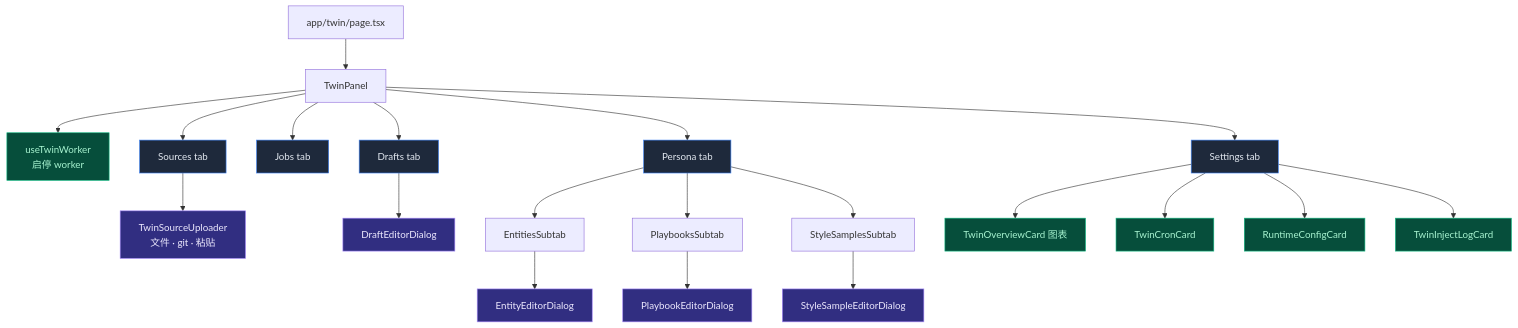
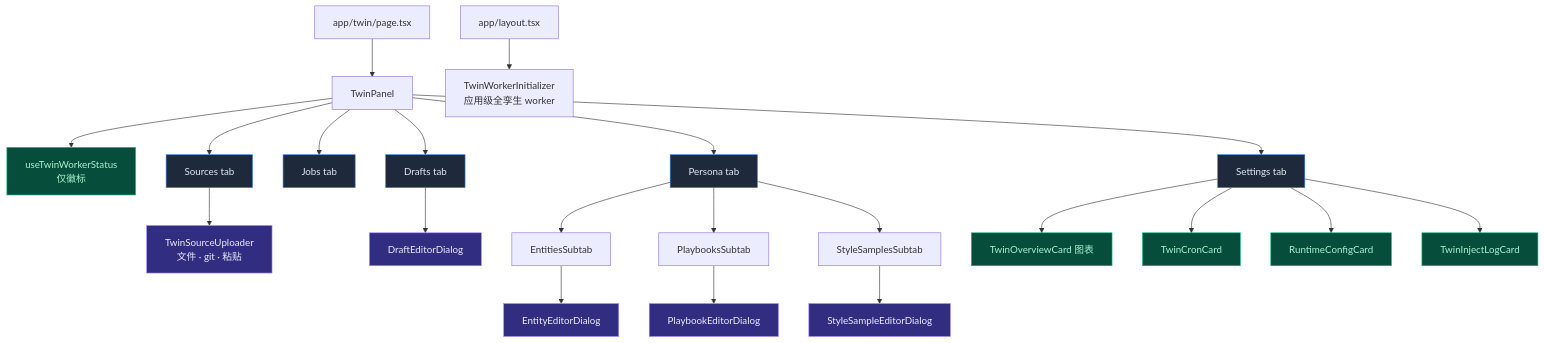
Before and after one commit to MaxQian888/cognia-next: the diagram in docs/content/docs/zh/subsystems/employee-twin/workbench-ui.mdx, drawn with Mermaid. The commit also changed other lines of this file and 31 other files, not shown here.

````diff
--- a/docs/content/docs/zh/subsystems/employee-twin/workbench-ui.mdx
+++ b/docs/content/docs/zh/subsystems/employee-twin/workbench-ui.mdx
@@ -18,24 +18,25 @@
 ```mermaid
 flowchart TB
   Route[app/twin/page.tsx] --> Panel[TwinPanel]
-  Panel --> WK[useTwinWorker<br/>启停 worker]
+  Layout[app/layout.tsx] --> TWI[TwinWorkerInitializer<br/>应用级全孪生 worker]
+  Panel --> WK[useTwinWorkerStatus<br/>仅徽标]
   Panel --> T1[Sources tab] --> UP[TwinSourceUploader<br/>文件 · git · 粘贴]
   Panel --> T2[Jobs tab]
   Panel --> T3[Drafts tab] --> DE[DraftEditorDialog]
   Panel --> T4[Persona tab]
   T4 --> E[EntitiesSubtab] --> ED[EntityEditorDialog]
   T4 --> P[PlaybooksSubtab] --> PD[PlaybookEditorDialog]
   T4 --> S[StyleSamplesSubtab] --> SD[StyleSampleEditorDialog]
   Panel --> T5[Settings tab]
   T5 --> OV[TwinOverviewCard 图表]
   T5 --> CR[TwinCronCard]
   T5 --> RC[RuntimeConfigCard]
   T5 --> IL[TwinInjectLogCard]
 
   classDef tab fill:#1e293b,stroke:#3b82f6,color:#e2e8f0
   classDef dlg fill:#312e81,stroke:#a78bfa,color:#ede9fe
   classDef card fill:#064e3b,stroke:#10b981,color:#a7f3d0
   class T1,T2,T3,T4,T5 tab
   class UP,DE,ED,PD,SD dlg
   class OV,CR,RC,IL,WK card
 ```
````
